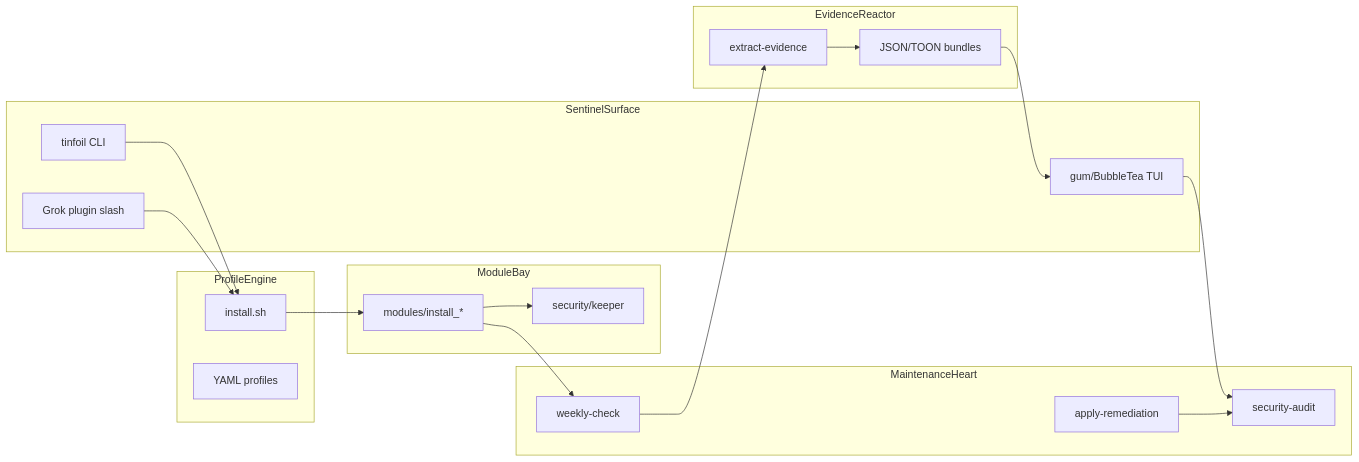
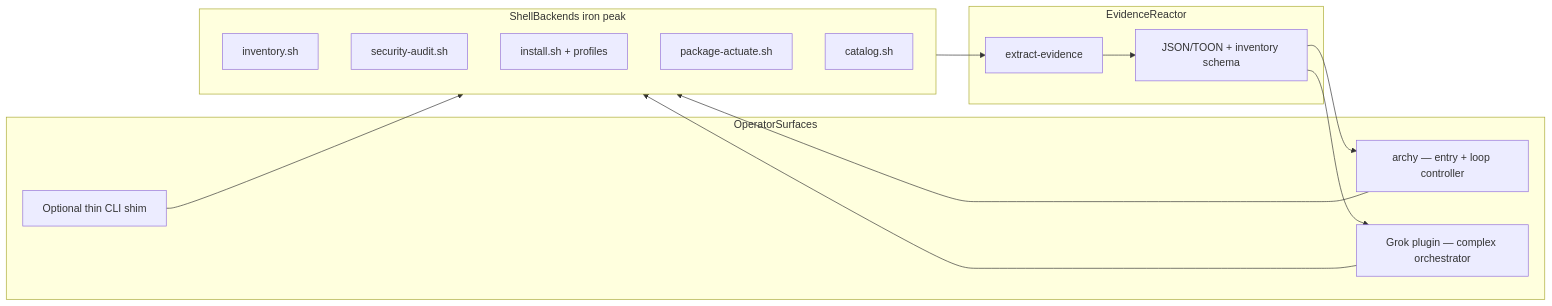
The first of 9 diagrams in arch-design/coming-next.md (p10ns11y/arch-machine), drawn with Mermaid before and after one commit. The commit also changed other lines of this file and 41 other files, not shown here.

First line of the commit message:
feat(archy): Ratatui control plane — Eagle/TEA, threat audit, Grok preload (#29)

````diff
--- a/arch-design/coming-next.md
+++ b/arch-design/coming-next.md
@@ -12,35 +14,26 @@
 ```mermaid
 flowchart LR
-  subgraph sentinel [SentinelSurface]
-    CLI[tinfoil CLI]
-    TUI[gum/BubbleTea TUI]
-    Grok[Grok plugin slash]
+  subgraph surfaces [OperatorSurfaces]
+    Archy[archy — entry + loop controller]
+    Grok[Grok plugin — complex orchestrator]
+    Shim[Optional thin CLI shim]
   end
-  subgraph engine [ProfileEngine]
-    Install[install.sh]
-    Profiles[YAML profiles]
-  end
-  subgraph bays [ModuleBay]
-    Mods[modules/install_*]
-    Keeper[security/keeper]
-  end
-  subgraph heart [MaintenanceHeart]
-    Audit[security-audit]
-    Weekly[weekly-check]
-    Remediate[apply-remediation]
+  subgraph backends [ShellBackends iron peak]
+    Inv[inventory.sh]
+    Audit[security-audit.sh]
+    Install[install.sh + profiles]
+    Actuate[package-actuate.sh]
+    Catalog[catalog.sh]
   end
   subgraph loop [EvidenceReactor]
     Extract[extract-evidence]
-    Bundles[JSON/TOON bundles]
+    Bundles[JSON/TOON + inventory schema]
   end
-  CLI --> Install
-  Grok --> Install
-  TUI --> Audit
-  Install --> Mods
-  Mods --> Keeper
-  Mods --> Weekly
-  Weekly --> Extract
+  Archy --> backends
+  Grok --> backends
+  Shim --> backends
+  backends --> Extract
   Extract --> Bundles
-  Bundles --> TUI
-  Remediate --> Audit
+  Bundles --> Archy
+  Bundles --> Grok
 ```
````
